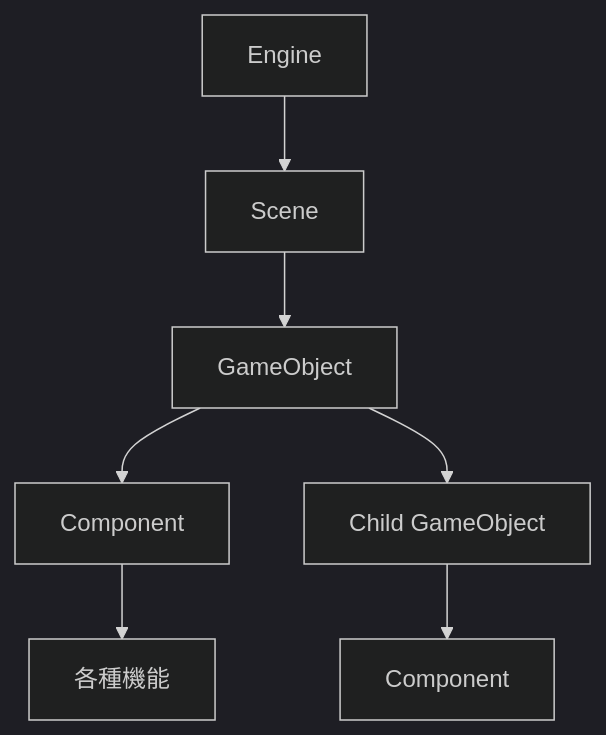
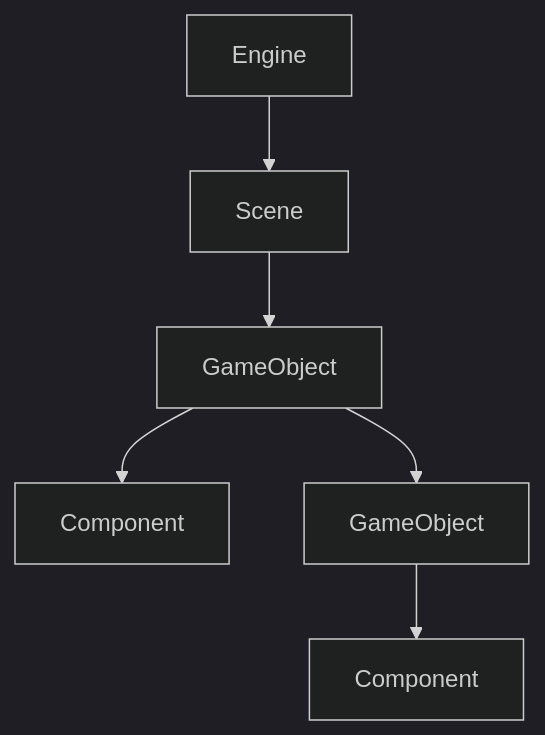
Before and after one commit to dev-haku/py-gamekit: the first of 9 diagrams in docs/py-gamekit.md, drawn with Mermaid (dark theme). The commit also changed other lines of this file, not shown here.

````diff
--- a/docs/py-gamekit.md
+++ b/docs/py-gamekit.md
@@ -30,11 +30,9 @@
 ```mermaid
 flowchart TD
     A[Engine] --> B[Scene]
     B --> C[GameObject]
     C --> D[Component]
 
-    C --> E[Child GameObject]
+    C --> E[GameObject]
     E --> F[Component]
-
-    D --> G[各種機能]
 ```
````
